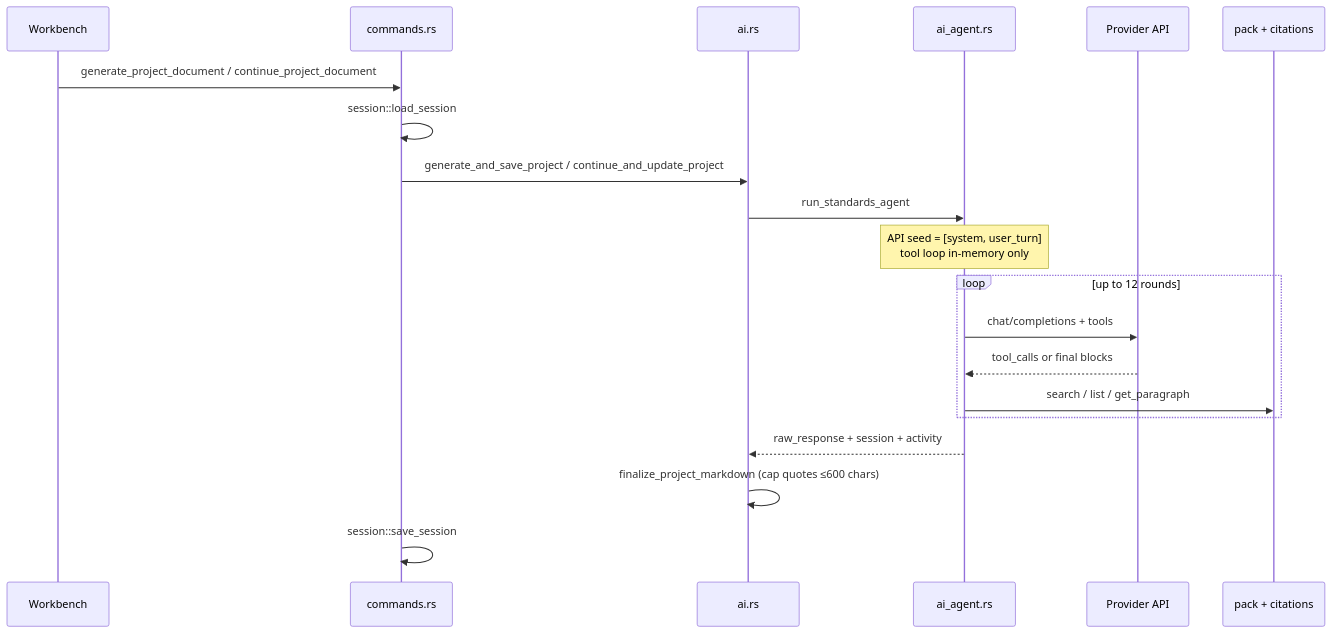
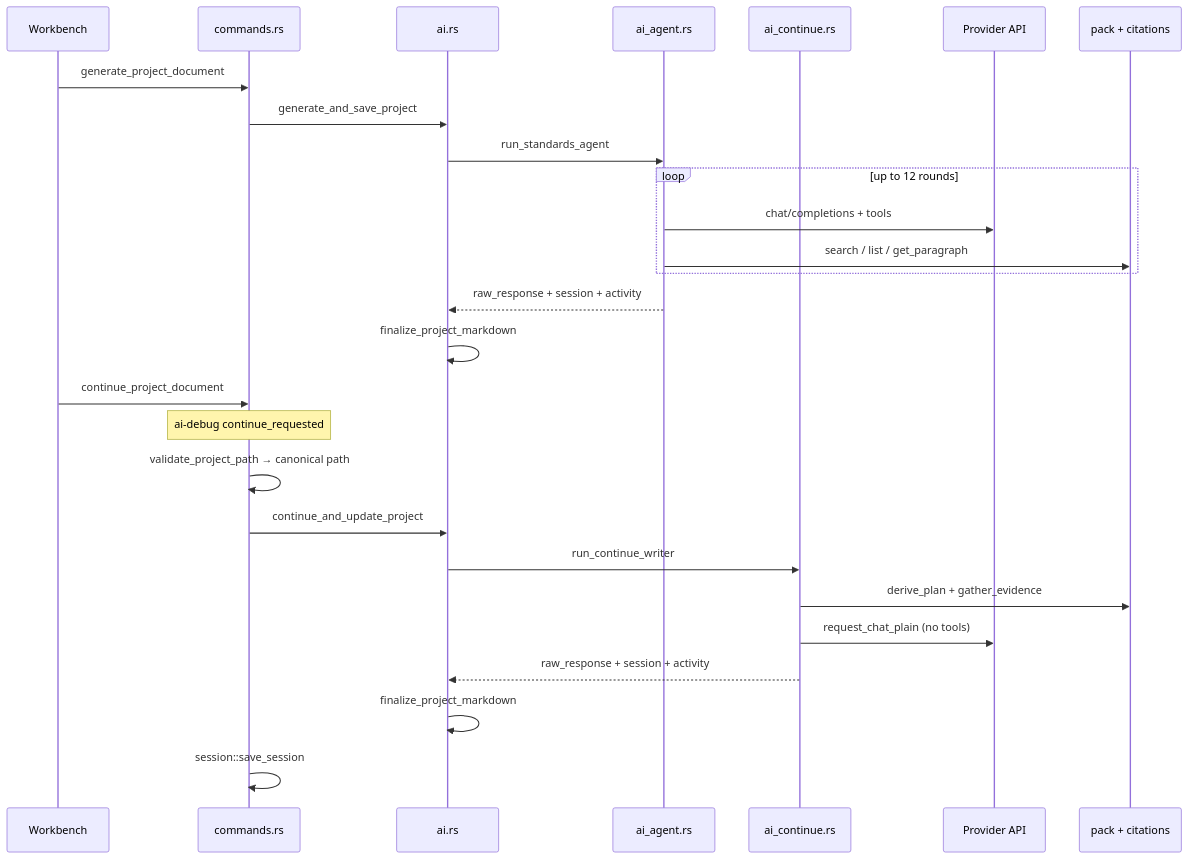
Before and after one commit to MoonMaxTea/Accounting-Copilot: the fourth of 4 diagrams in docs/ARCHITECTURE.md, drawn with Mermaid. The commit also changed other lines of this file and 17 other files, not shown here.

First line of the commit message:
Fix Continue follow-up with plain-chat writer and Windows path observability

````diff
--- a/docs/ARCHITECTURE.md
+++ b/docs/ARCHITECTURE.md
@@ -145,23 +147,31 @@
 ```mermaid
 sequenceDiagram
   participant UI as Workbench
   participant CMD as commands.rs
   participant AI as ai.rs
   participant AG as ai_agent.rs
+  participant CW as ai_continue.rs
   participant LLM as Provider API
   participant Pack as pack + citations
 
-  UI->>CMD: generate_project_document / continue_project_document
-  CMD->>CMD: session::load_session
-  CMD->>AI: generate_and_save_project / continue_and_update_project
+  UI->>CMD: generate_project_document
+  CMD->>AI: generate_and_save_project
   AI->>AG: run_standards_agent
-  Note over AG: API seed = [system, user_turn]<br/>tool loop in-memory only
   loop up to 12 rounds
     AG->>LLM: chat/completions + tools
-    LLM-->>AG: tool_calls or final blocks
     AG->>Pack: search / list / get_paragraph
   end
   AG-->>AI: raw_response + session + activity
-  AI->>AI: finalize_project_markdown (cap quotes ≤600 chars)
+  AI->>AI: finalize_project_markdown
+
+  UI->>CMD: continue_project_document
+  Note over CMD: ai-debug continue_requested
+  CMD->>CMD: validate_project_path → canonical path
+  CMD->>AI: continue_and_update_project
+  AI->>CW: run_continue_writer
+  CW->>Pack: derive_plan + gather_evidence
+  CW->>LLM: request_chat_plain (no tools)
+  CW-->>AI: raw_response + session + activity
+  AI->>AI: finalize_project_markdown
   CMD->>CMD: session::save_session
 ```
````
